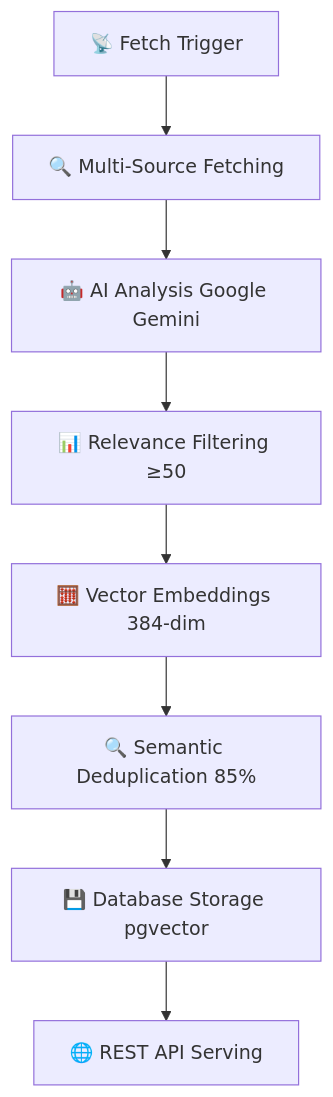
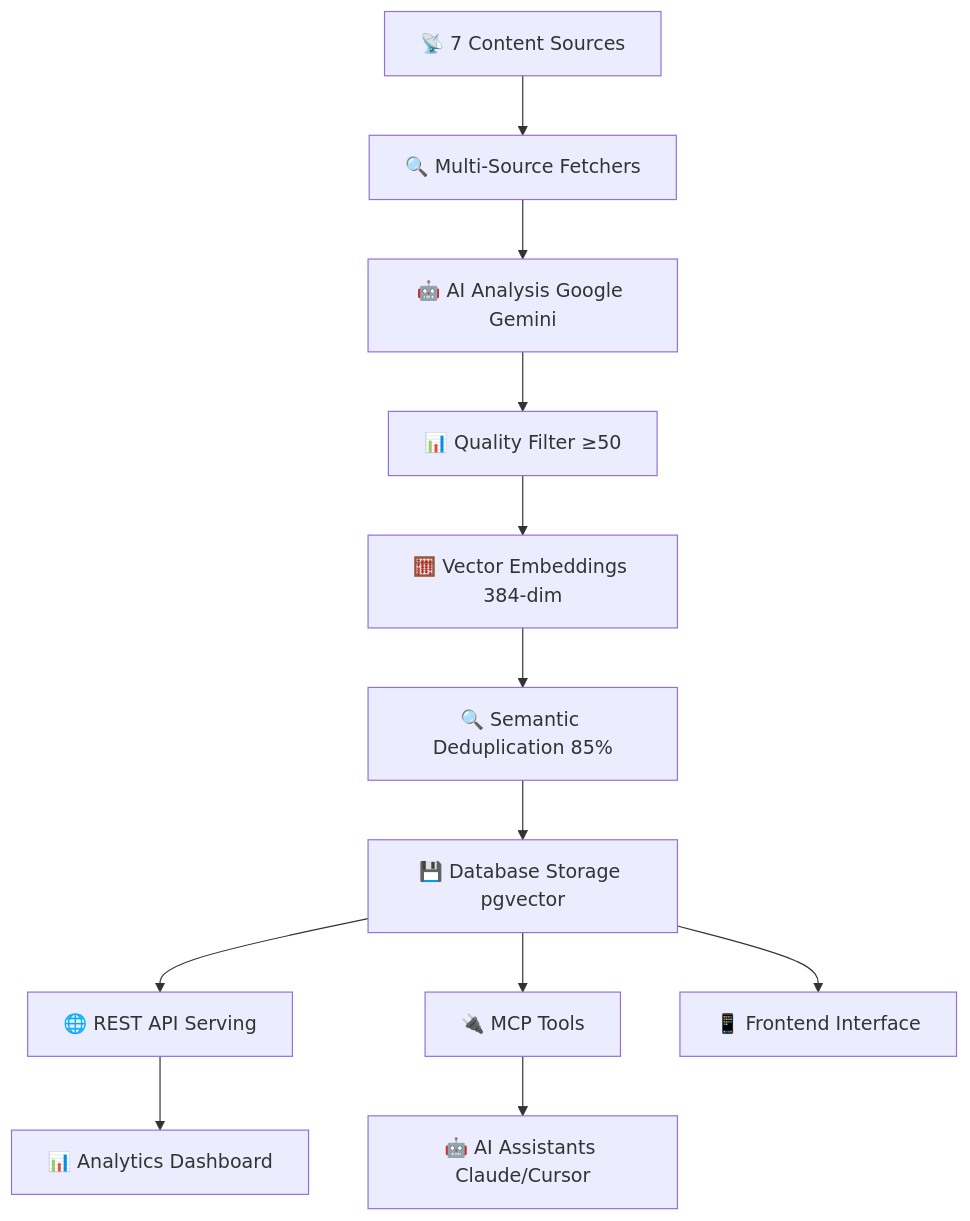
Before and after one commit to SilentKnight87/ai-news-agent: the diagram in README.md, drawn with Mermaid. The commit also changed other lines of this file and 8 other files, not shown here.

````diff
--- a/README.md
+++ b/README.md
@@ -230,10 +220,15 @@
 ```mermaid
 graph TD
-    A[📡 Fetch Trigger] --> B[🔍 Multi-Source Fetching]
+    A[📡 7 Content Sources] --> B[🔍 Multi-Source Fetchers]
     B --> C[🤖 AI Analysis Google Gemini]
-    C --> D[📊 Relevance Filtering ≥50]
+    C --> D[📊 Quality Filter ≥50]
     D --> E[🧮 Vector Embeddings 384-dim]
     E --> F[🔍 Semantic Deduplication 85%]
     F --> G[💾 Database Storage pgvector]
     G --> H[🌐 REST API Serving]
+    G --> I[🔌 MCP Tools]
+    G --> J[📱 Frontend Interface]
+    
+    I --> K[🤖 AI Assistants Claude/Cursor]
+    H --> L[📊 Analytics Dashboard]
 ```
````
